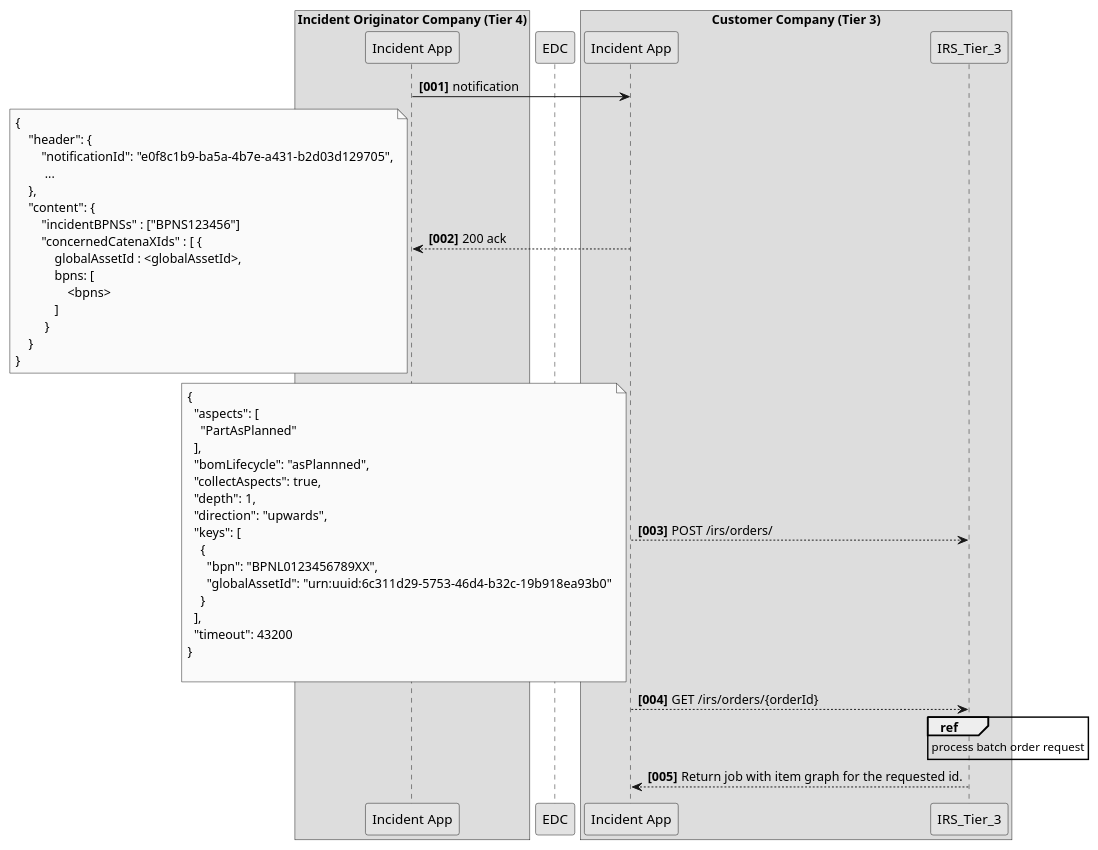
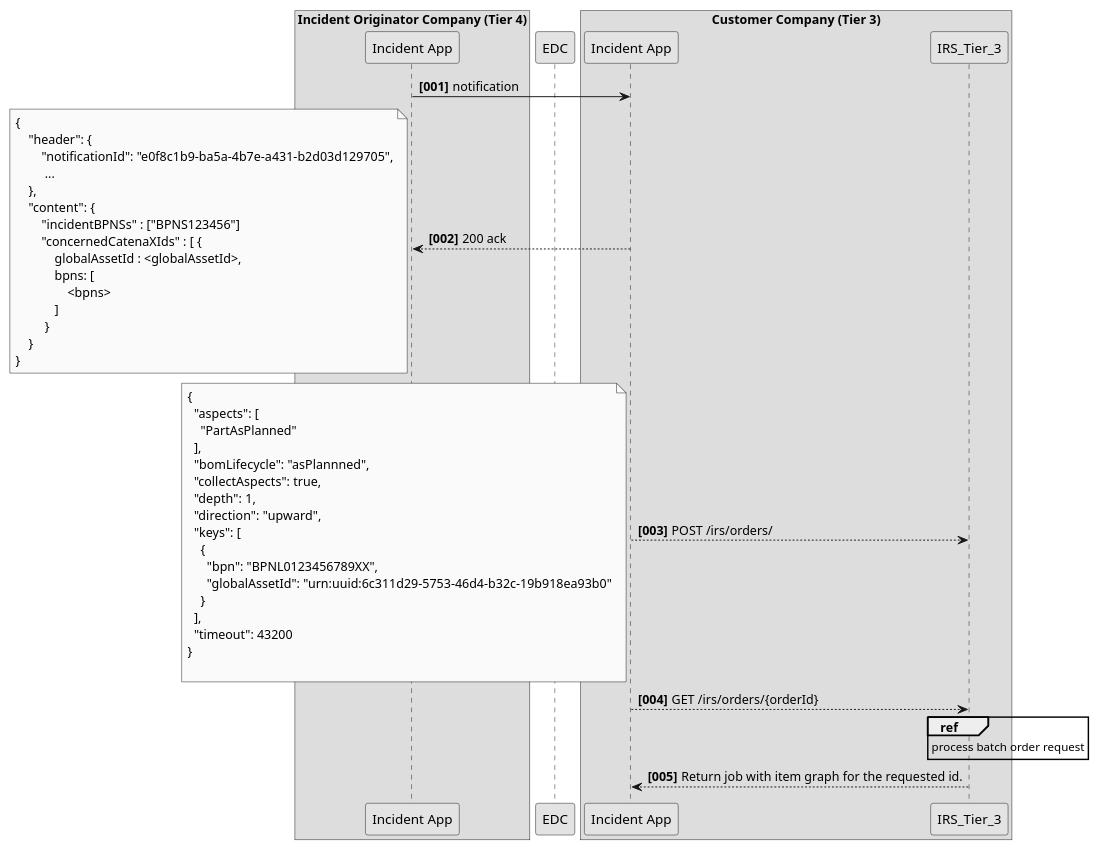
The diagram in docs/src/uml-diagrams/irs-recursive/ess-bottom-up/sequence/ess-bottom-up-sequence-customer-highlevel.puml (eclipse-tractusx/item-relationship-service), drawn with PlantUML before and after one commit.

Commit message:
fix(documentation): [#567] update documentation

```diff
--- a/docs/src/uml-diagrams/irs-recursive/ess-bottom-up/sequence/ess-bottom-up-sequence-customer-highlevel.puml
+++ b/docs/src/uml-diagrams/irs-recursive/ess-bottom-up/sequence/ess-bottom-up-sequence-customer-highlevel.puml
@@ -1,63 +1,63 @@
 @startuml
 skinparam monochrome true
 skinparam shadowing false
 skinparam defaultFontName "Architects daughter"
 
 autonumber "<b>[000]"
 
 box Incident Originator Company (Tier 4)
     participant "Incident App" as BusinessApp_Tier_4
 end box
 
 participant EDC
 
 box Customer Company (Tier 3)
 participant "Incident App" as BusinessApp_Tier_3
 
 BusinessApp_Tier_4 -> BusinessApp_Tier_3 : notification
 BusinessApp_Tier_4 <-- BusinessApp_Tier_3 : 200 ack
 note left
 {
     "header": {
         "notificationId": "e0f8c1b9-ba5a-4b7e-a431-b2d03d129705",
          ...
     },
     "content": {
         "incidentBPNSs" : ["BPNS123456"]
         "concernedCatenaXIds" : [ {
             globalAssetId : <globalAssetId>,
             bpns: [
                 <bpns>
             ]
          }
     }
 }
 end note
 
     BusinessApp_Tier_3 --> IRS_Tier_3 :  POST /irs/orders/
     note left
         {
           "aspects": [
             "PartAsPlanned"
           ],
           "bomLifecycle": "asPlannned",
           "collectAspects": true,
           "depth": 1,
-          "direction": "upwards",
+          "direction": "upward",
           "keys": [
             {
               "bpn": "BPNL0123456789XX",
               "globalAssetId": "urn:uuid:6c311d29-5753-46d4-b32c-19b918ea93b0"
             }
           ],
           "timeout": 43200
         }
 
     end note
     BusinessApp_Tier_3 --> IRS_Tier_3 :  GET /irs/orders/{orderId}
     ref over IRS_Tier_3
         process batch order request
     end ref
     BusinessApp_Tier_3 <-- IRS_Tier_3 : Return job with item graph for the requested id.
 
 @enduml
```
